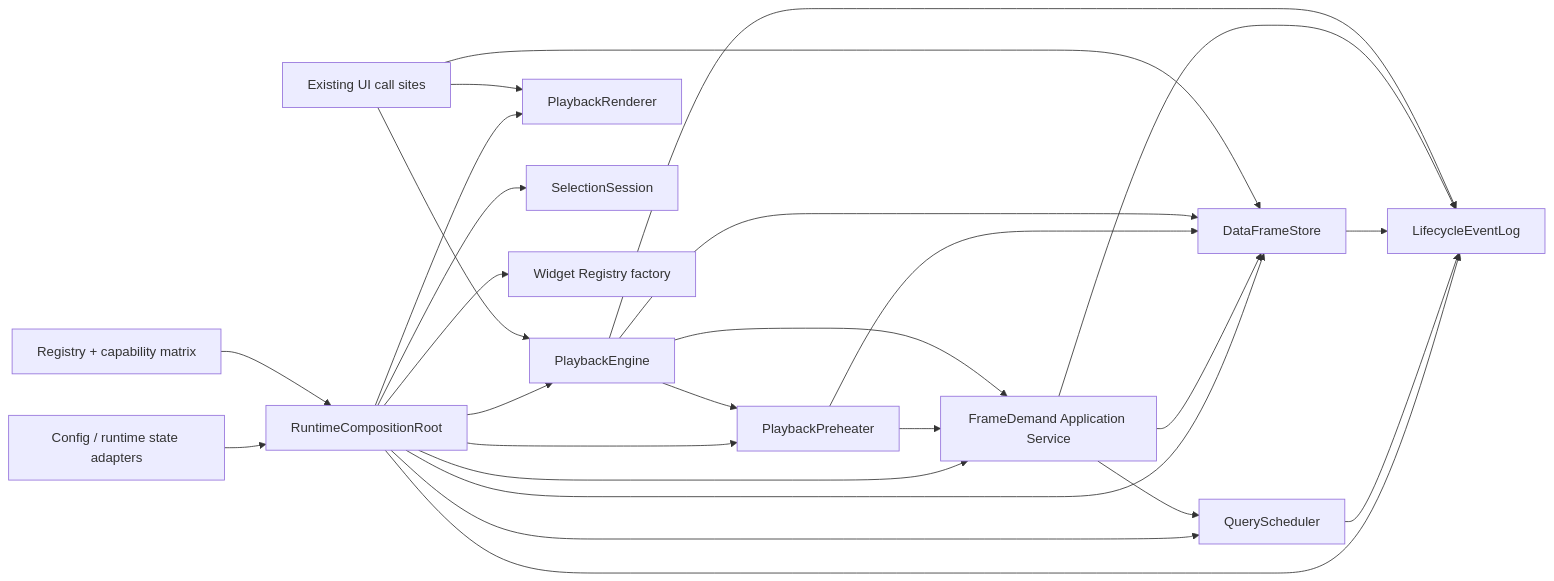
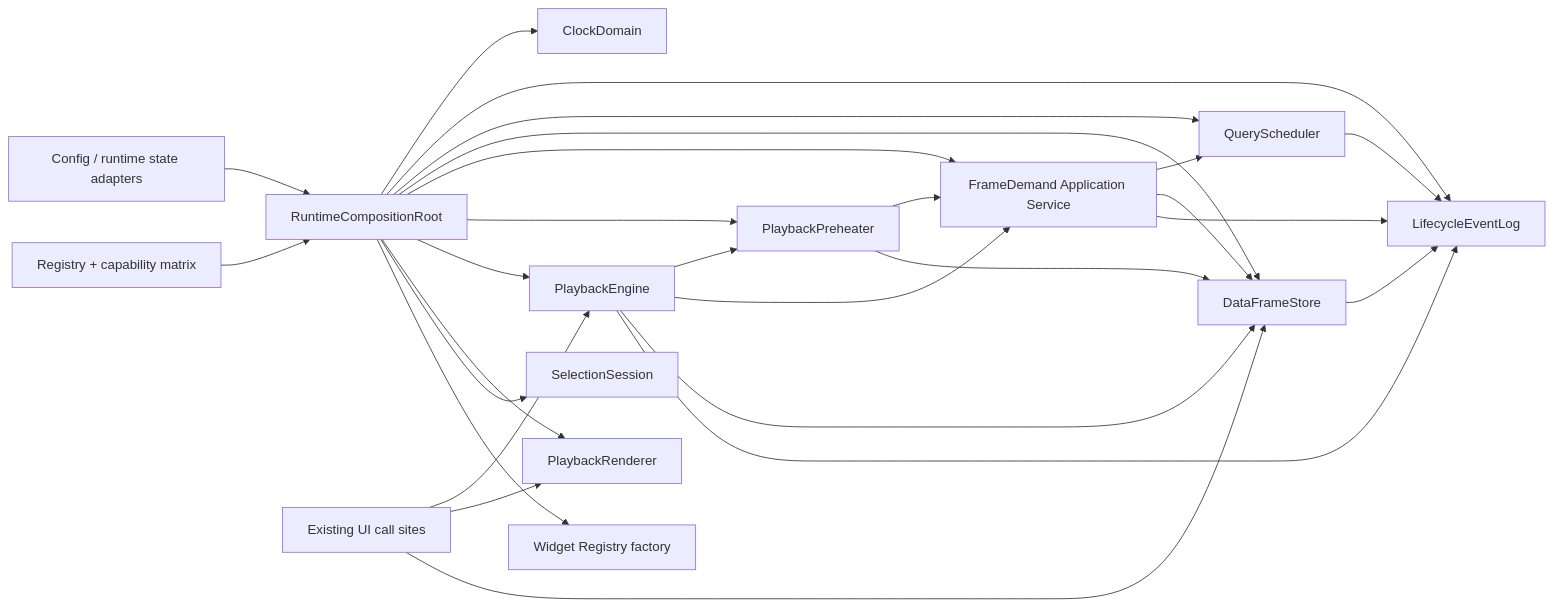
Before and after one commit to Kagamihara-Ruruka/gfw-flask-mysql-adapter: the second of 3 diagrams in docs/architecture/runtime-oop.md, drawn with Mermaid. The commit also changed other lines of this file and 37 other files, not shown here.

````diff
--- a/docs/architecture/runtime-oop.md
+++ b/docs/architecture/runtime-oop.md
@@ -47,28 +47,29 @@
 ```mermaid
 flowchart LR
   CFG["Config / runtime state adapters"] --> ROOT["RuntimeCompositionRoot"]
   REG["Registry + capability matrix"] --> ROOT
+  ROOT --> CLOCK["ClockDomain"]
   ROOT --> LE["LifecycleEventLog"]
   ROOT --> QS["QueryScheduler"]
   ROOT --> DFS["DataFrameStore"]
   ROOT --> FDS["FrameDemand Application Service"]
   ROOT --> PP["PlaybackPreheater"]
   ROOT --> PE["PlaybackEngine"]
   ROOT --> PR["PlaybackRenderer"]
   ROOT --> SS["SelectionSession"]
   ROOT --> WF["Widget Registry factory"]
   QS --> LE
   DFS --> LE
   FDS --> QS
   FDS --> DFS
   FDS --> LE
   PP --> FDS
   PP --> DFS
   PE --> PP
   PE --> FDS
   PE --> DFS
   PE --> LE
   UI["Existing UI call sites"] --> PE
   UI --> PR
   UI --> DFS
 ```
````
